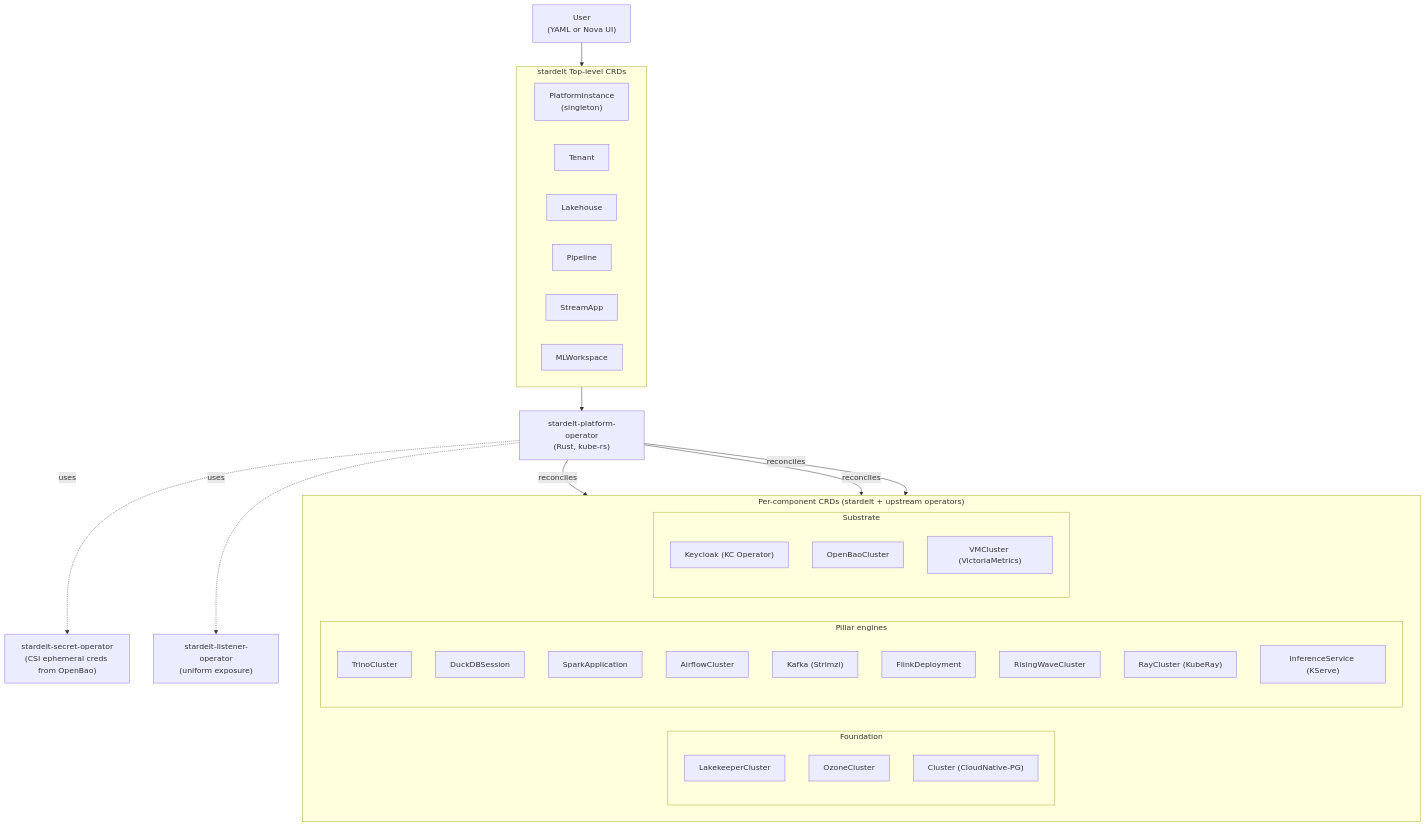
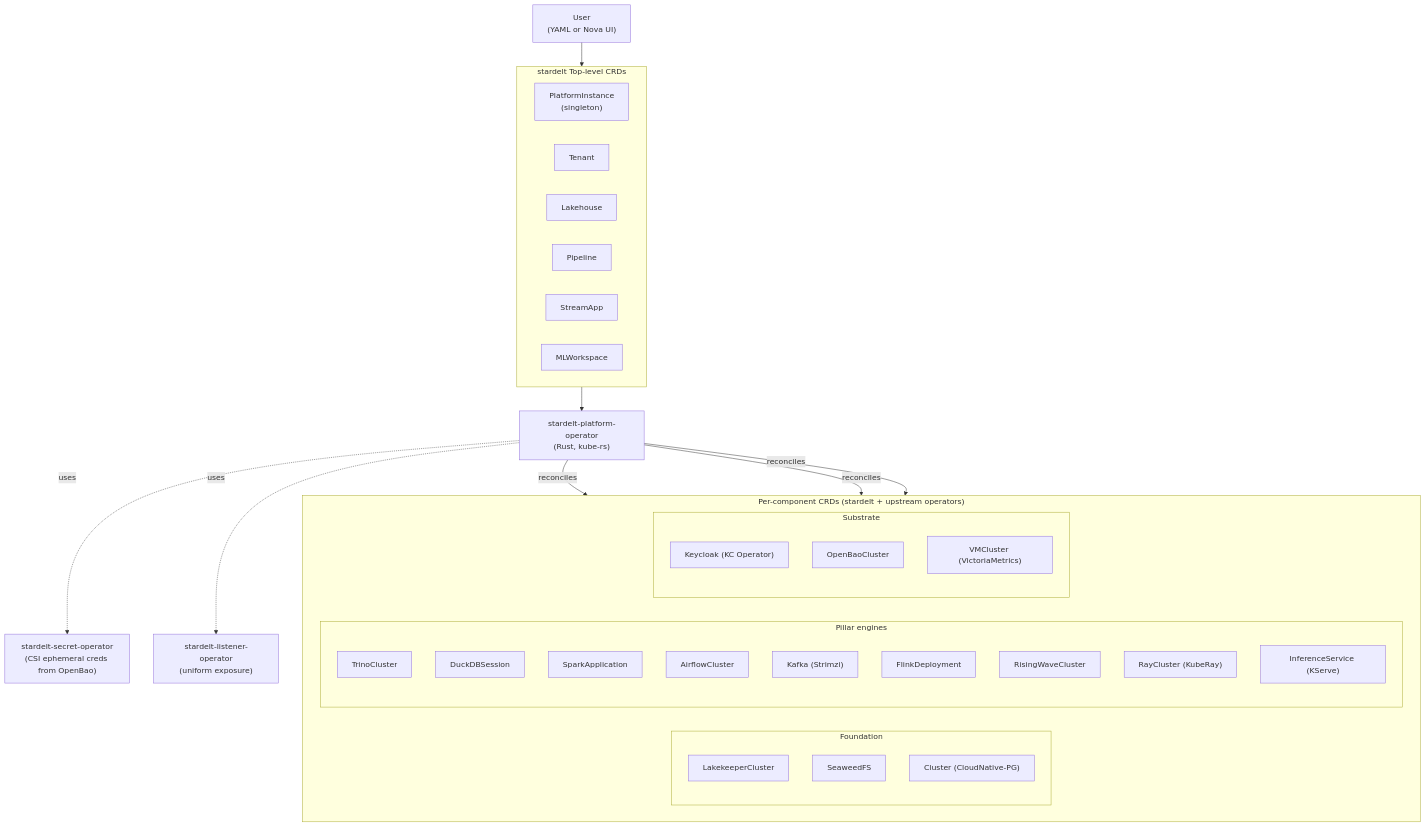
The diagram in docs/diagrams/control-plane.md (stardelt/stardelt-docs), drawn with Mermaid before and after one commit. The commit also changed 8 other files, not shown here.

Commit message:
docs(issue-2): drop Ozone; SeaweedFS is the primary storage component

````diff
--- a/docs/diagrams/control-plane.md
+++ b/docs/diagrams/control-plane.md
@@ -10,53 +10,53 @@
 ```mermaid
 flowchart TB
   USER["User<br/>(YAML or Nova UI)"]
 
   subgraph STARDELT_CRDS["stardelt Top-level CRDs"]
     PI["PlatformInstance<br/>(singleton)"]
     T["Tenant"]
     LH["Lakehouse"]
     P["Pipeline"]
     SA["StreamApp"]
     ML["MLWorkspace"]
   end
 
   OP["stardelt-platform-operator<br/>(Rust, kube-rs)"]
 
   subgraph COMPONENT_CRDS["Per-component CRDs (stardelt + upstream operators)"]
     direction LR
 
     subgraph FOUND_CRDS["Foundation"]
       LK["LakekeeperCluster"]
-      OZ["OzoneCluster"]
+      SW["SeaweedFS"]
       PG["Cluster (CloudNative-PG)"]
     end
 
     subgraph PILLAR_CRDS["Pillar engines"]
       TR["TrinoCluster"]
       DD["DuckDBSession"]
       SP["SparkApplication"]
       AF["AirflowCluster"]
       K["Kafka (Strimzi)"]
       FL["FlinkDeployment"]
       RW["RisingWaveCluster"]
       RC["RayCluster (KubeRay)"]
       KS["InferenceService (KServe)"]
     end
 
     subgraph SUBSTRATE_CRDS["Substrate"]
       KC["Keycloak (KC Operator)"]
       OB["OpenBaoCluster"]
       VM["VMCluster (VictoriaMetrics)"]
     end
   end
 
   USER --> STARDELT_CRDS
   STARDELT_CRDS --> OP
 
   OP -- reconciles --> FOUND_CRDS
   OP -- reconciles --> PILLAR_CRDS
   OP -- reconciles --> SUBSTRATE_CRDS
 
   OP -. uses .-> SECRET["stardelt-secret-operator<br/>(CSI ephemeral creds from OpenBao)"]
   OP -. uses .-> LISTENER["stardelt-listener-operator<br/>(uniform exposure)"]
 ```
````
